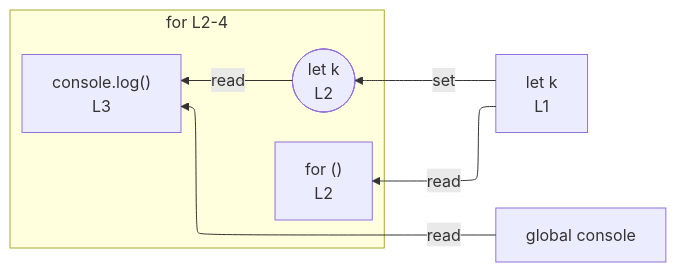
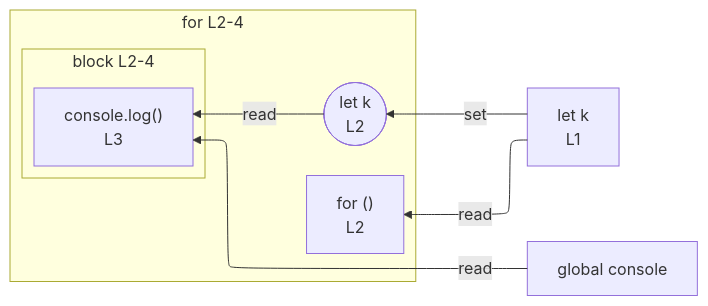
Before and after one commit to crescware/unsnarl: the diagram in integration/fixtures/iteration-statement/classic-for/init-omitted/preview.md, drawn with Mermaid. The commit also changed 106 other files, not shown here.

````diff
--- a/integration/fixtures/iteration-statement/classic-for/init-omitted/preview.md
+++ b/integration/fixtures/iteration-statement/classic-for/init-omitted/preview.md
@@ -14,16 +14,19 @@
 ```mermaid
 %%{init: {"flowchart": {"defaultRenderer": "elk"}}}%%
 flowchart RL
   n_scope_0_k_4["let k<br/>L1"]
   n_scope_0_console_34["global console"]
   subgraph s_scope_1["for L2-4"]
     direction RL
     for_test_scope_0_11["for ()<br/>L2"]
     wr_ref_2(["let k<br/>L2"])
-    expr_stmt_34["console.log()<br/>L3"]
+    subgraph s_scope_2["block L2-4"]
+      direction RL
+      expr_stmt_34["console.log()<br/>L3"]
+    end
   end
   n_scope_0_k_4 -->|set| wr_ref_2
   n_scope_0_k_4 -->|read| for_test_scope_0_11
   n_scope_0_console_34 -->|read| expr_stmt_34
   wr_ref_2 -->|read| expr_stmt_34
 ```
````
